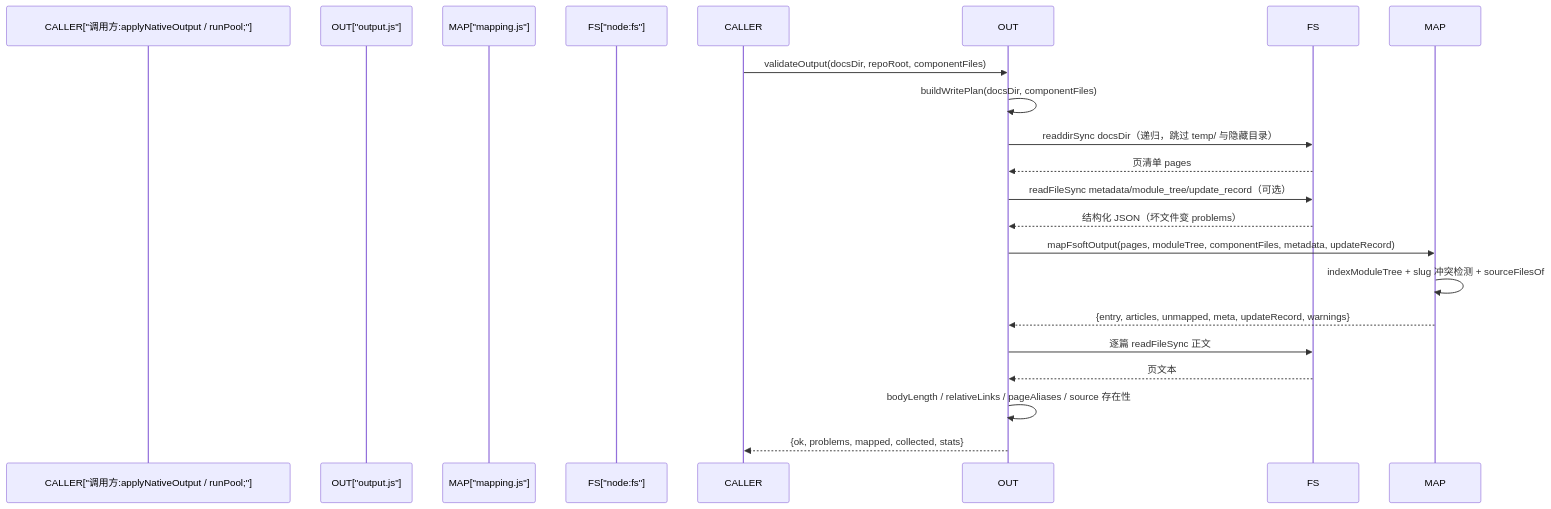
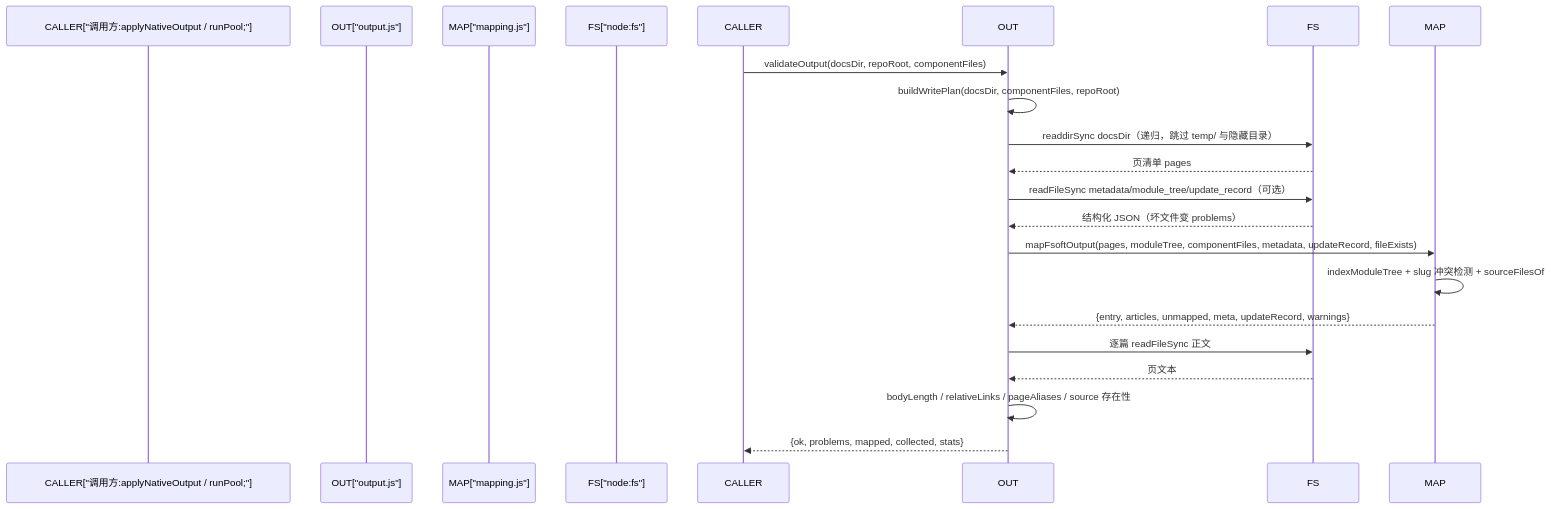
The fifth of 5 diagrams in .codewiki/_native-state/docs/CodeWiki_Engine_Subsystem/Wiki_Content_Health_Scanning___Plan_Application/Wiki_Content_Health_Scanning___Plan_Application_mapping_output.md (ikliml666/dsh-codewiki), drawn with Mermaid before and after one commit. The commit also changed other lines of this file and 9 other files, not shown here.

````diff
--- a/.codewiki/_native-state/docs/CodeWiki_Engine_Subsystem/Wiki_Content_Health_Scanning___Plan_Application/Wiki_Content_Health_Scanning___Plan_Application_mapping_output.md
+++ b/.codewiki/_native-state/docs/CodeWiki_Engine_Subsystem/Wiki_Content_Health_Scanning___Plan_Application/Wiki_Content_Health_Scanning___Plan_Application_mapping_output.md
@@ -203,21 +203,21 @@
 ```mermaid
 sequenceDiagram
     participant CALLER["调用方#58;applyNativeOutput / runPool#59;"]
     participant OUT["output.js"]
     participant MAP["mapping.js"]
     participant FS["node#58;fs"]
 
     CALLER->>OUT: validateOutput(docsDir, repoRoot, componentFiles)
-    OUT->>OUT: buildWritePlan(docsDir, componentFiles)
+    OUT->>OUT: buildWritePlan(docsDir, componentFiles, repoRoot)
     OUT->>FS: readdirSync docsDir（递归，跳过 temp/ 与隐藏目录）
     FS-->>OUT: 页清单 pages
     OUT->>FS: readFileSync metadata/module_tree/update_record（可选）
     FS-->>OUT: 结构化 JSON（坏文件变 problems）
-    OUT->>MAP: mapFsoftOutput(pages, moduleTree, componentFiles, metadata, updateRecord)
+    OUT->>MAP: mapFsoftOutput(pages, moduleTree, componentFiles, metadata, updateRecord, fileExists)
     MAP->>MAP: indexModuleTree + slug 冲突检测 + sourceFilesOf
     MAP-->>OUT: {entry, articles, unmapped, meta, updateRecord, warnings}
     OUT->>FS: 逐篇 readFileSync 正文
     FS-->>OUT: 页文本
     OUT->>OUT: bodyLength / relativeLinks / pageAliases / source 存在性
     OUT-->>CALLER: {ok, problems, mapped, collected, stats}
 ```
````
